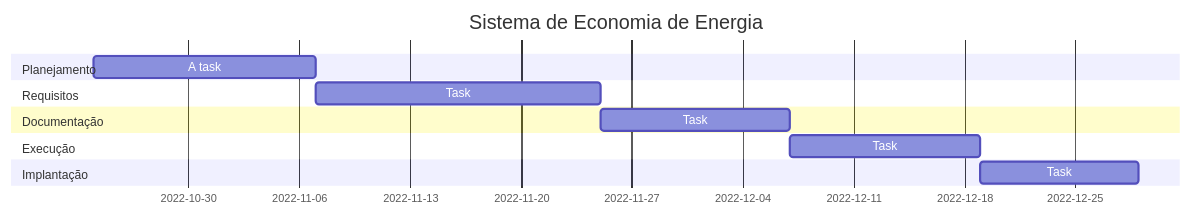
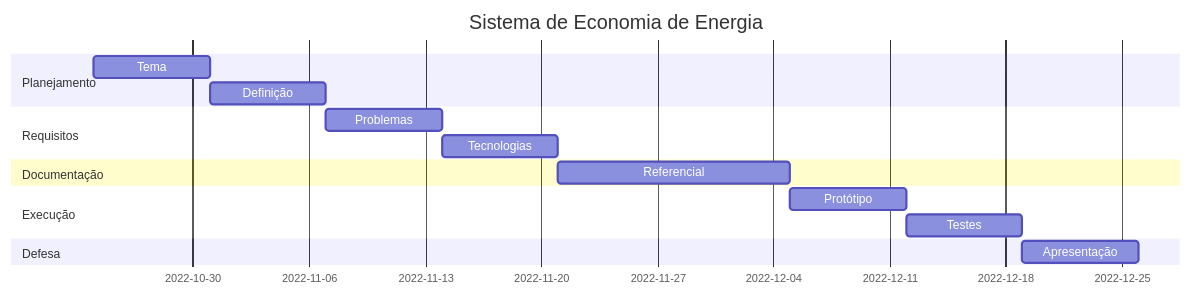
The diagram in gantt.md (marcilio-freitas27/projeto-integrador-gantt), drawn with Mermaid before and after one commit.

Commit message:
Atualizando datas, seções e tarefas.

````diff
--- a/gantt.md
+++ b/gantt.md
@@ -5,20 +5,23 @@
 ```mermaid
 gantt
     title Sistema de Economia de Energia
     dateFormat  YYYY-MM-DD
 
     section Planejamento
-    A task           :a1, 2022-10-24, 14d
+    Tema                :a1, 2022-10-24, 7d
+    Definição           :a2, after a1, 7d
 
     section Requisitos
-    Task             :b1, after a1  ,18d
+    Problemas           :b1, after a2  , 7d
+    Tecnologias         :b2, after b1  ,7d
 
     section Documentação
-    Task             :c1, after b1, 12d
+    Referencial         :c1, after b2, 14d
 
     section Execução
-    Task             :d1, after c1, 12d
+    Protótipo           :d1, after c1, 7d
+    Testes              :d2, after d1, 7d
 
-    section Implantação
-    Task             :e1, after d1, 10d
+    section Defesa
+    Apresentação        :e1, after d2, 7d
 ```
````
